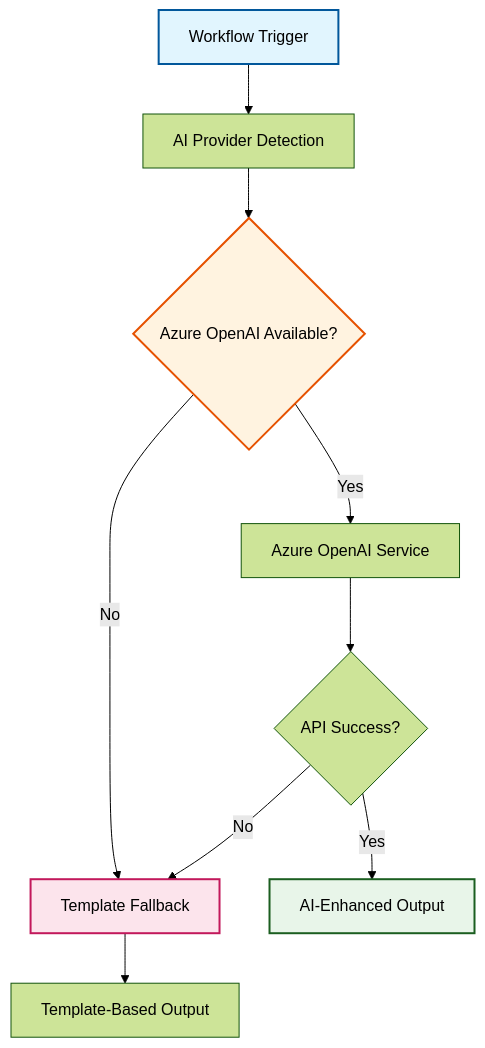
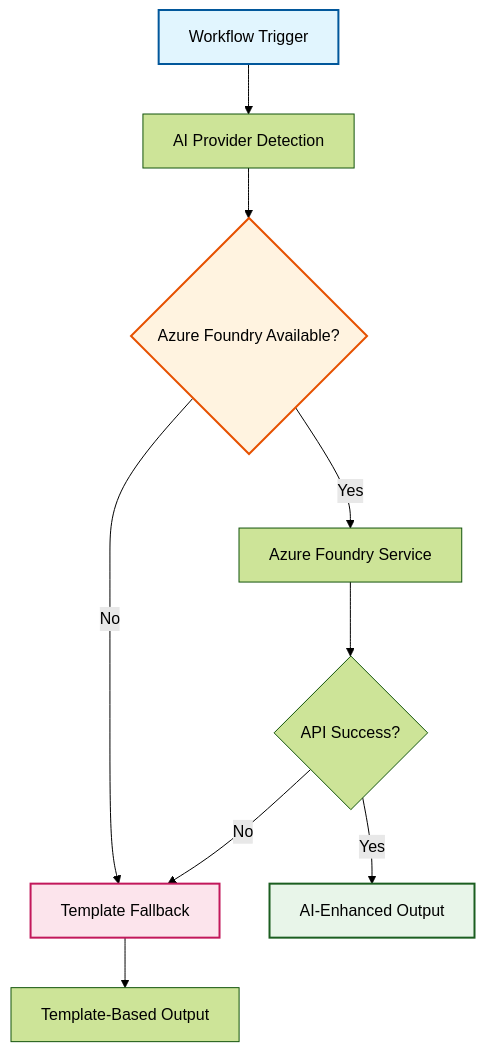
The first of 2 diagrams in doc/src/decisions/adr_014_ai_integration.md (Azure/osdu-spi), drawn with Mermaid (forest theme) before and after one commit. The commit also changed other lines of this file and 7 other files, not shown here.

First line of the commit message:
docs(terminology): update Azure OpenAI references to Azure Foundry

````diff
--- a/doc/src/decisions/adr_014_ai_integration.md
+++ b/doc/src/decisions/adr_014_ai_integration.md
@@ -49,19 +49,19 @@
 ```mermaid
 graph TD
     A[Workflow Trigger] --> B[AI Provider Detection]
-    B --> C{Azure OpenAI Available?}
+    B --> C{Azure Foundry Available?}
 
-    C -->|Yes| D[Azure OpenAI Service]
+    C -->|Yes| D[Azure Foundry Service]
     C -->|No| E[Template Fallback]
 
     D --> F{API Success?}
     F -->|Yes| G[AI-Enhanced Output]
     F -->|No| E
 
     E --> H[Template-Based Output]
 
     style A fill:#e1f5fe,stroke:#01579b,stroke-width:2px
     style C fill:#fff3e0,stroke:#e65100,stroke-width:2px
     style E fill:#fce4ec,stroke:#c2185b,stroke-width:2px
     style G fill:#e8f5e9,stroke:#1b5e20,stroke-width:2px
 ```
````
